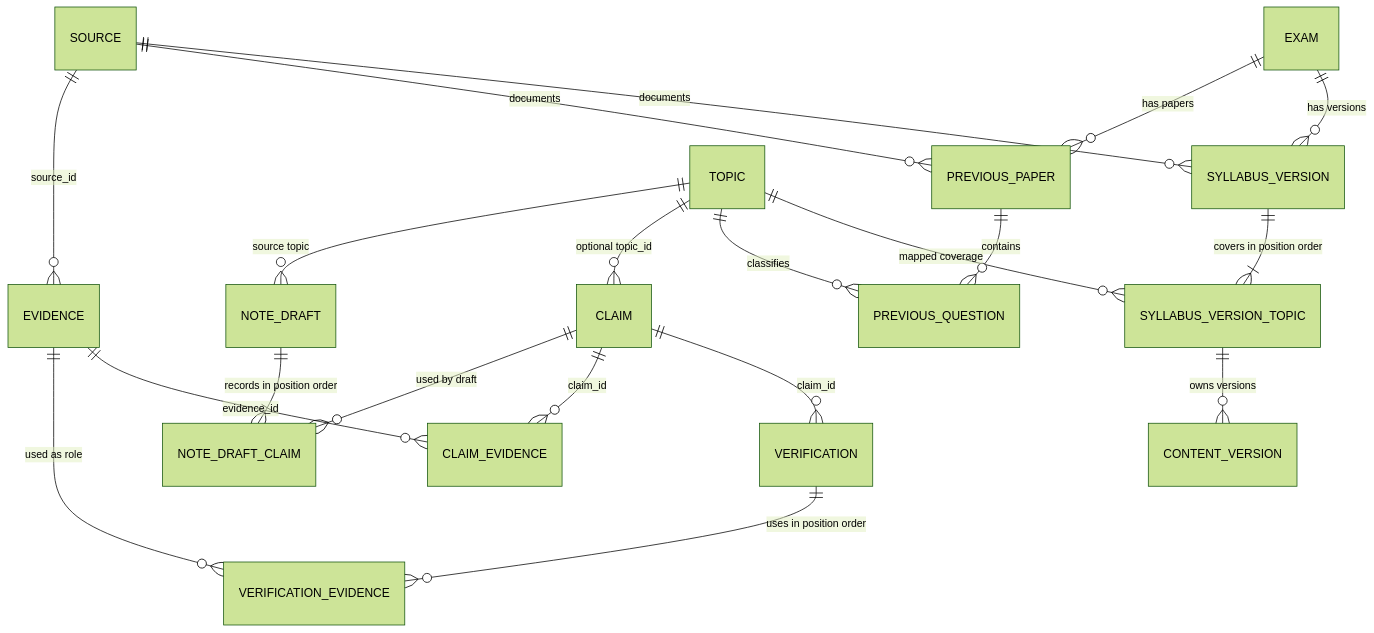
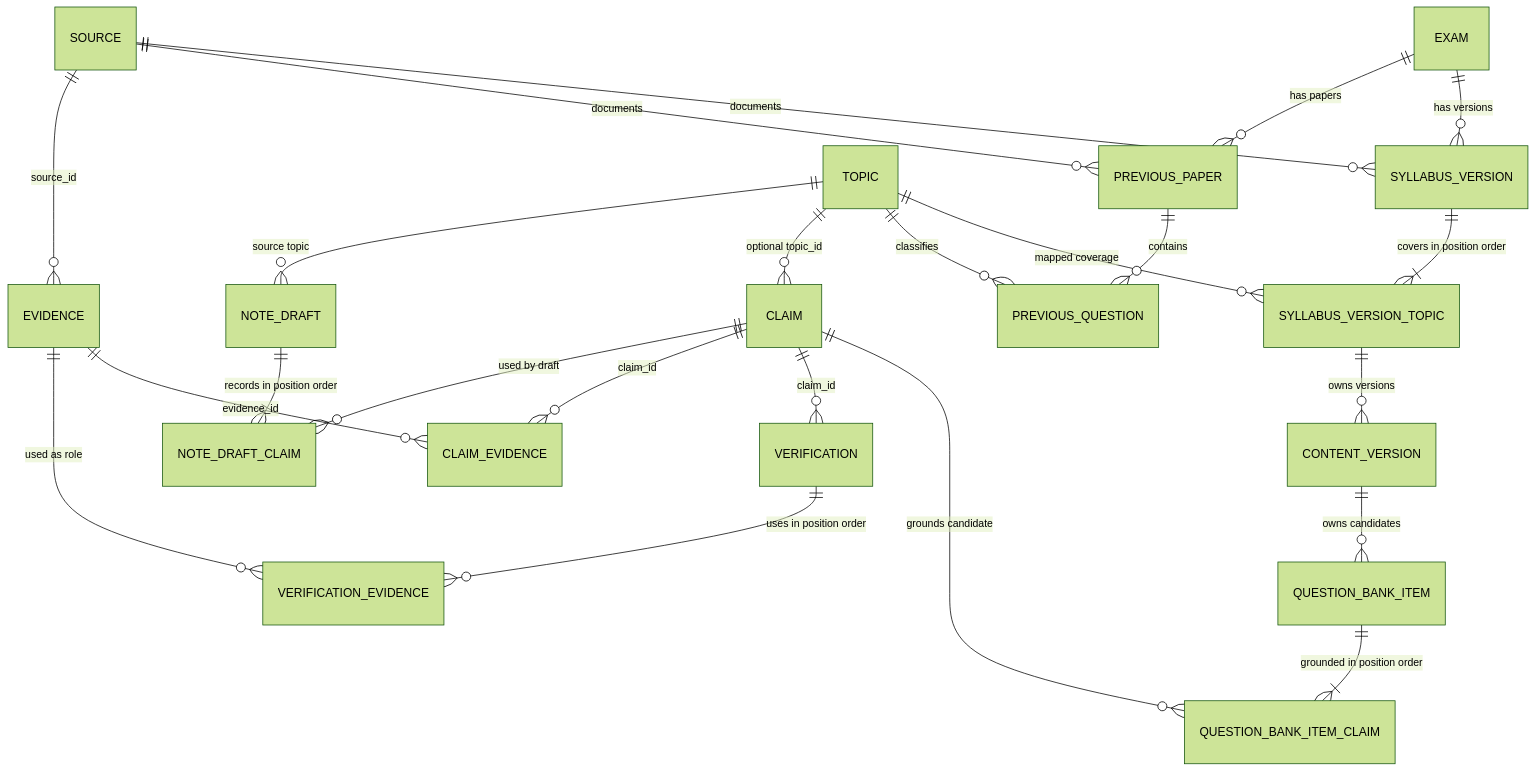
Before and after one commit to Dyuti60/assam-exam-ai: the third of 4 diagrams in docs/architecture.md, drawn with Mermaid (forest theme). The commit also changed other lines of this file and 12 other files, not shown here.

Commit message:
feat: add grounded question bank candidates

````diff
--- a/docs/architecture.md
+++ b/docs/architecture.md
@@ -70,22 +70,25 @@
 ```mermaid
 erDiagram
     EXAM ||--o{ SYLLABUS_VERSION : "has versions"
     SOURCE ||--o{ SYLLABUS_VERSION : "documents"
     SYLLABUS_VERSION ||--|{ SYLLABUS_VERSION_TOPIC : "covers in position order"
     TOPIC ||--o{ SYLLABUS_VERSION_TOPIC : "mapped coverage"
     SYLLABUS_VERSION_TOPIC ||--o{ CONTENT_VERSION : "owns versions"
+    CONTENT_VERSION ||--o{ QUESTION_BANK_ITEM : "owns candidates"
+    QUESTION_BANK_ITEM ||--|{ QUESTION_BANK_ITEM_CLAIM : "grounded in position order"
+    CLAIM ||--o{ QUESTION_BANK_ITEM_CLAIM : "grounds candidate"
     EXAM ||--o{ PREVIOUS_PAPER : "has papers"
     SOURCE ||--o{ PREVIOUS_PAPER : "documents"
     PREVIOUS_PAPER ||--o{ PREVIOUS_QUESTION : "contains"
     TOPIC ||--o{ PREVIOUS_QUESTION : "classifies"
     TOPIC ||--o{ CLAIM : "optional topic_id"
     SOURCE ||--o{ EVIDENCE : "source_id"
     CLAIM ||--o{ VERIFICATION : "claim_id"
     CLAIM ||--o{ CLAIM_EVIDENCE : "claim_id"
     EVIDENCE ||--o{ CLAIM_EVIDENCE : "evidence_id"
     VERIFICATION ||--o{ VERIFICATION_EVIDENCE : "uses in position order"
     EVIDENCE ||--o{ VERIFICATION_EVIDENCE : "used as role"
     TOPIC ||--o{ NOTE_DRAFT : "source topic"
     NOTE_DRAFT ||--|{ NOTE_DRAFT_CLAIM : "records in position order"
     CLAIM ||--o{ NOTE_DRAFT_CLAIM : "used by draft"
 ```
````
